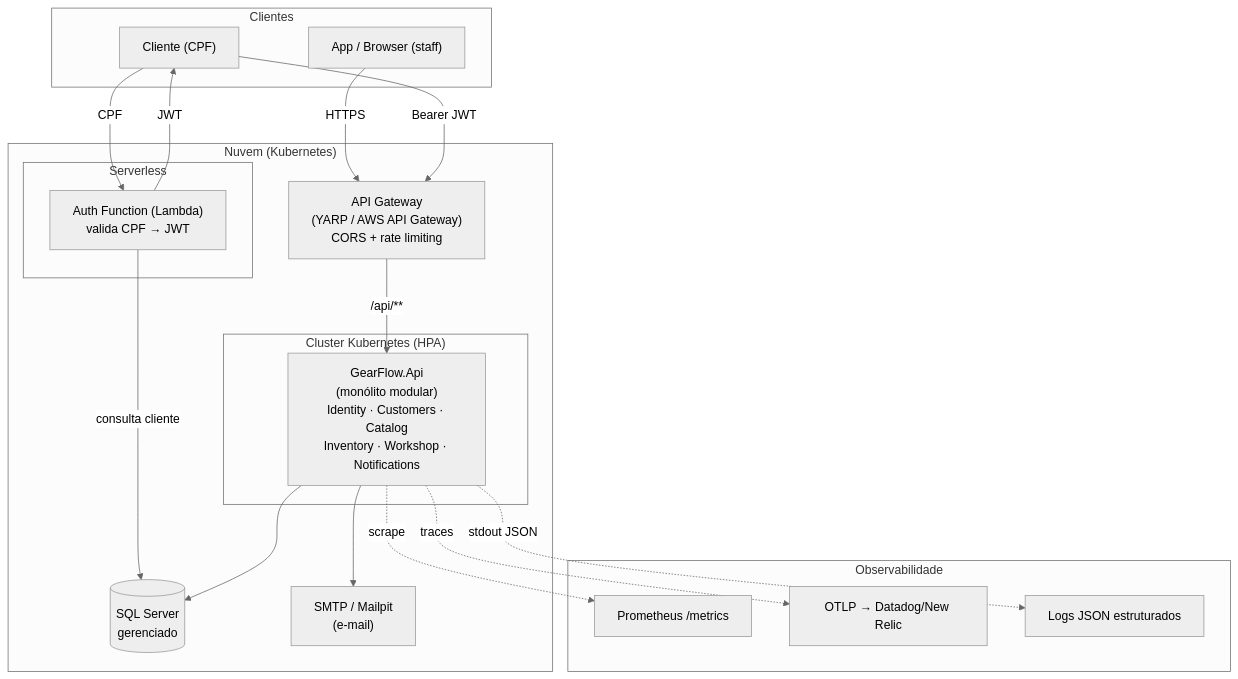
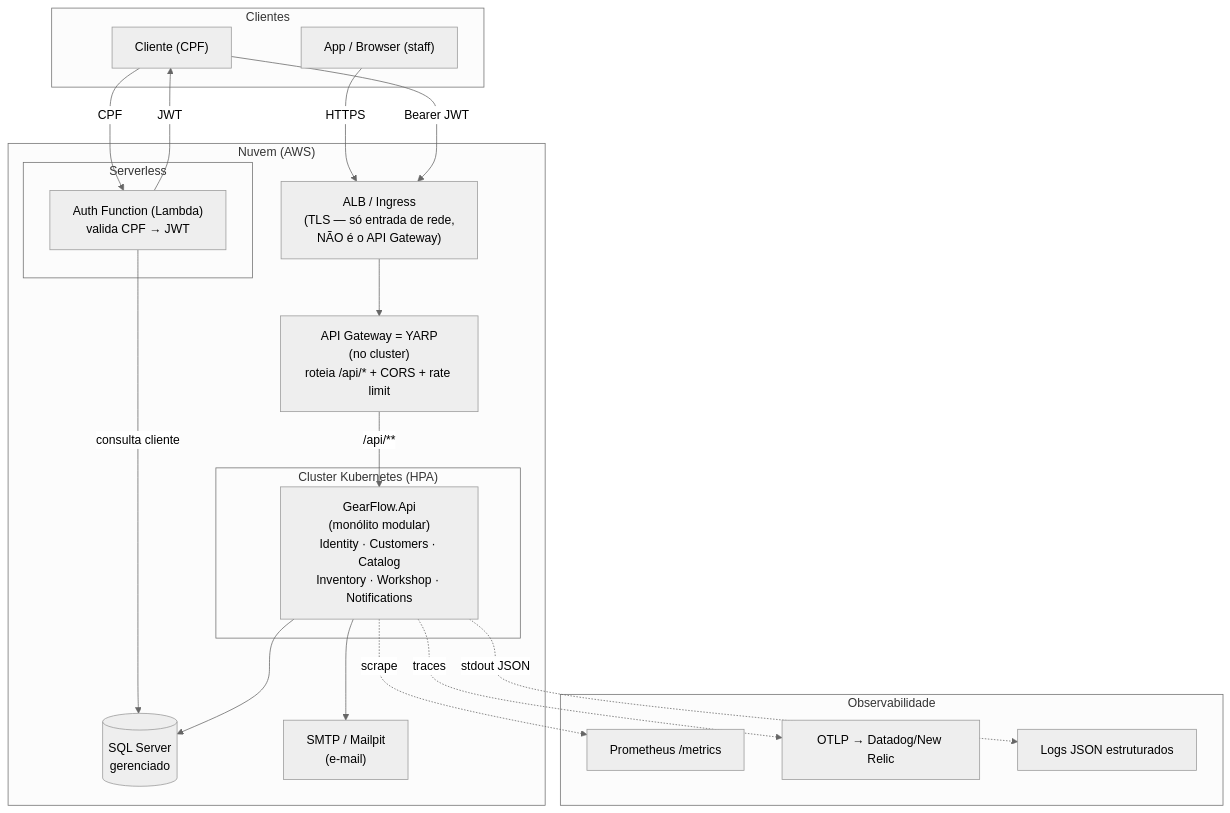
The first of 6 diagrams in docs/architecture/ARCHITECTURE_DIAGRAMS.md (Gearflow-Fiap/gearflow-app), drawn with Mermaid (neutral theme) before and after one commit. The commit also changed other lines of this file and 4 other files, not shown here.

First line of the commit message:
docs: esclarece que o API Gateway é o YARP (não gerenciado) + guarda o enunciado

````diff
--- a/docs/architecture/ARCHITECTURE_DIAGRAMS.md
+++ b/docs/architecture/ARCHITECTURE_DIAGRAMS.md
@@ -11,40 +11,42 @@
 ```mermaid
 flowchart TB
     subgraph Client["Clientes"]
         Browser["App / Browser (staff)"]
         CustomerApp["Cliente (CPF)"]
     end
 
-    subgraph Cloud["Nuvem (Kubernetes)"]
-        APIGW["API Gateway<br/>(YARP / AWS API Gateway)<br/>CORS + rate limiting"]
+    subgraph Cloud["Nuvem (AWS)"]
+        ALB["ALB / Ingress<br/>(TLS — só entrada de rede,<br/>NÃO é o API Gateway)"]
+        APIGW["API Gateway = YARP<br/>(no cluster)<br/>roteia /api/* + CORS + rate limit"]
 
         subgraph Lambda["Serverless"]
             AuthFn["Auth Function (Lambda)<br/>valida CPF → JWT"]
         end
 
         subgraph K8s["Cluster Kubernetes (HPA)"]
             App["GearFlow.Api<br/>(monólito modular)<br/>Identity · Customers · Catalog<br/>Inventory · Workshop · Notifications"]
         end
 
         DB[("SQL Server<br/>gerenciado")]
         SMTP["SMTP / Mailpit<br/>(e-mail)"]
     end
 
     subgraph Obs["Observabilidade"]
         Metrics["Prometheus /metrics"]
         Traces["OTLP → Datadog/New Relic"]
         Logs["Logs JSON estruturados"]
     end
 
-    Browser -->|HTTPS| APIGW
+    Browser -->|HTTPS| ALB
+    ALB --> APIGW
     CustomerApp -->|CPF| AuthFn
     AuthFn -->|consulta cliente| DB
     AuthFn -->|JWT| CustomerApp
-    CustomerApp -->|Bearer JWT| APIGW
+    CustomerApp -->|Bearer JWT| ALB
     APIGW -->|/api/**| App
     App --> DB
     App --> SMTP
     App -.->|scrape| Metrics
     App -.->|traces| Traces
     App -.->|stdout JSON| Logs
 ```
````
